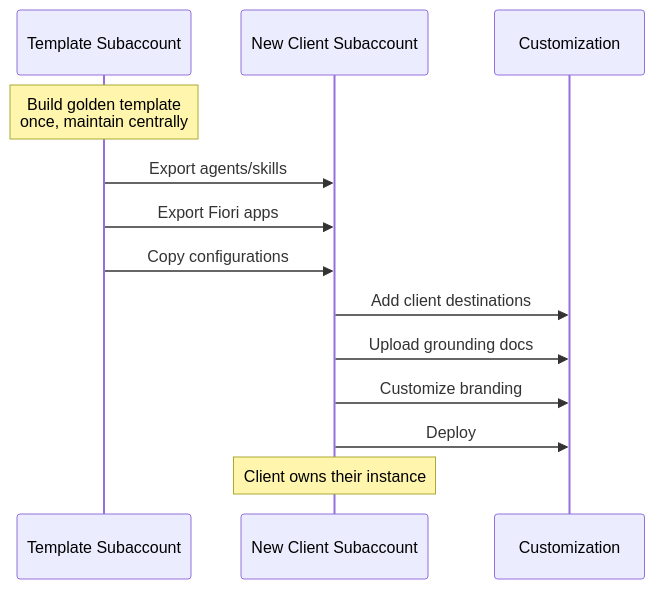
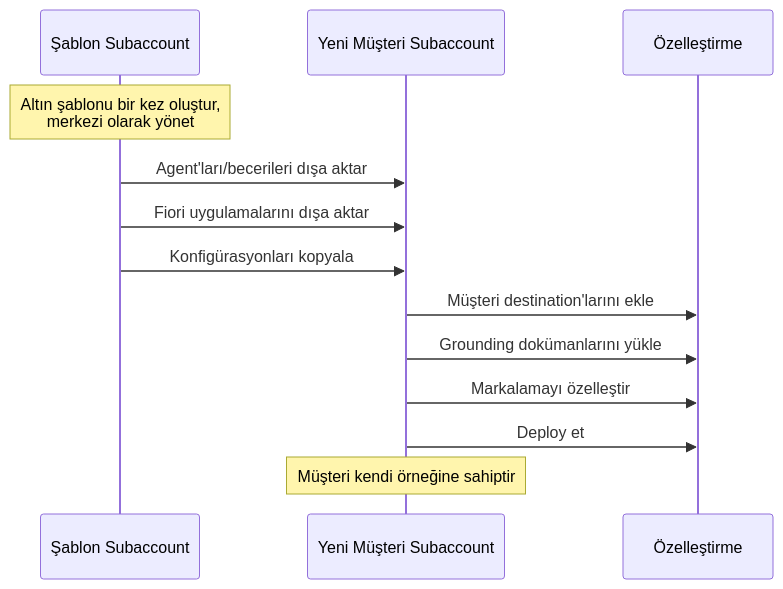
One commit to beyhanmeyrali/sap-all changed the second of 8 diagrams in Technical Tutorials/BTP/TR/chapters/13-cross-customer-deployments.md. Above: the diagram before and after it, drawn with Mermaid. The commit also changed other lines of this file and 11 other files, not shown here.

````diff
--- a/Technical Tutorials/BTP/TR/chapters/13-cross-customer-deployments.md
+++ b/Technical Tutorials/BTP/TR/chapters/13-cross-customer-deployments.md
@@ -41,19 +41,19 @@
 ```mermaid
 sequenceDiagram
-    participant T as Template Subaccount
-    participant N as New Client Subaccount
-    participant C as Customization
+    participant T as Şablon Subaccount
+    participant N as Yeni Müşteri Subaccount
+    participant C as Özelleştirme
 
-    Note over T: Build golden template<br/>once, maintain centrally
+    Note over T: Altın şablonu bir kez oluştur,<br/>merkezi olarak yönet
 
-    T->>N: Export agents/skills
-    T->>N: Export Fiori apps
-    T->>N: Copy configurations
+    T->>N: Agent'ları/becerileri dışa aktar
+    T->>N: Fiori uygulamalarını dışa aktar
+    T->>N: Konfigürasyonları kopyala
 
-    N->>C: Add client destinations
-    N->>C: Upload grounding docs
-    N->>C: Customize branding
-    N->>C: Deploy
+    N->>C: Müşteri destination'larını ekle
+    N->>C: Grounding dokümanlarını yükle
+    N->>C: Markalamayı özelleştir
+    N->>C: Deploy et
 
-    Note over N: Client owns their instance
+    Note over N: Müşteri kendi örneğine sahiptir
 ```
````
